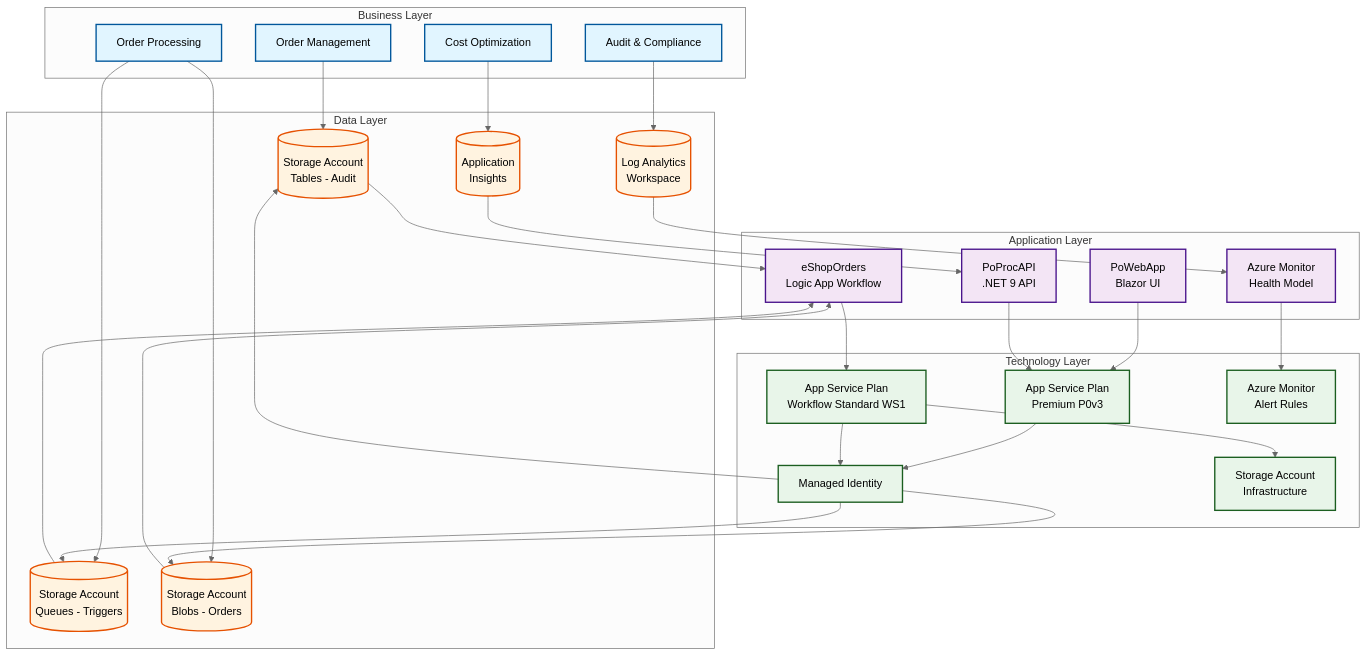
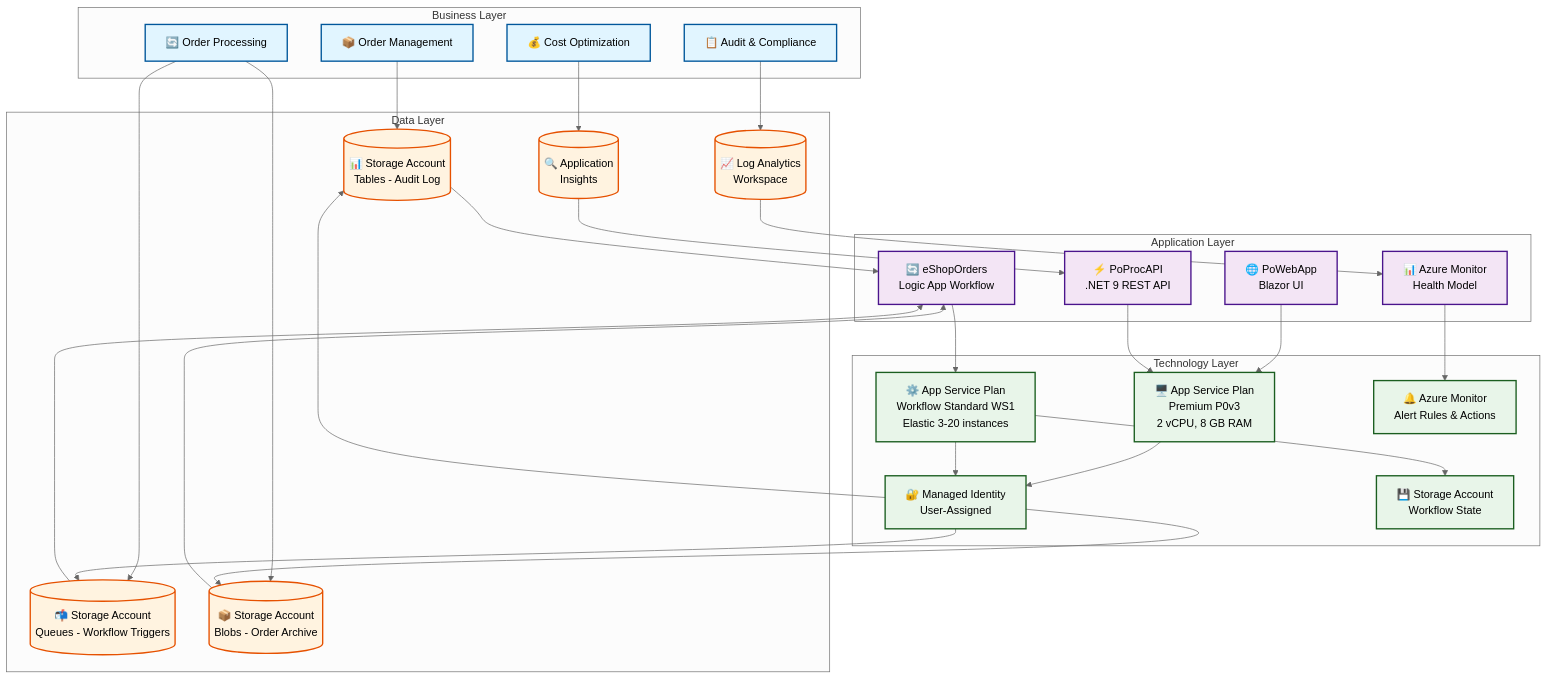
The first of 4 diagrams in README.md (Evilazaro/Azure-LogicApps-Monitoring), drawn with Mermaid (neutral theme) before and after one commit. The commit also changed other lines of this file, not shown here.

````diff
--- a/README.md
+++ b/README.md
@@ -91,70 +98,70 @@
 ```mermaid
 graph TB
     subgraph "Business Layer"
-        B1[Order Management]
-        B2[Order Processing]
-        B3[Audit & Compliance]
-        B4[Cost Optimization]
+        B1[📦 Order Management]
+        B2[🔄 Order Processing]
+        B3[📋 Audit & Compliance]
+        B4[💰 Cost Optimization]
     end
 
     subgraph "Data Layer"
-        D1[(Storage Account<br/>Tables - Audit)]
-        D2[(Storage Account<br/>Queues - Triggers)]
-        D3[(Storage Account<br/>Blobs - Orders)]
-        D4[(Log Analytics<br/>Workspace)]
-        D5[(Application<br/>Insights)]
+        D1[("📊 Storage Account<br/>Tables - Audit Log")]
+        D2[("📬 Storage Account<br/>Queues - Workflow Triggers")]
+        D3[("📦 Storage Account<br/>Blobs - Order Archive")]
+        D4[("📈 Log Analytics<br/>Workspace")]
+        D5[("🔍 Application<br/>Insights")]
     end
 
     subgraph "Application Layer"
-        A1[PoWebApp<br/>Blazor UI]
-        A2[PoProcAPI<br/>.NET 9 API]
-        A3[eShopOrders<br/>Logic App Workflow]
-        A4[Azure Monitor<br/>Health Model]
+        A1[🌐 PoWebApp<br/>Blazor UI]
+        A2[⚡ PoProcAPI<br/>.NET 9 REST API]
+        A3[🔄 eShopOrders<br/>Logic App Workflow]
+        A4[📊 Azure Monitor<br/>Health Model]
     end
 
     subgraph "Technology Layer"
-        T1[App Service Plan<br/>Premium P0v3]
-        T2[App Service Plan<br/>Workflow Standard WS1]
-        T3[Managed Identity]
-        T4[Azure Monitor<br/>Alert Rules]
-        T5[Storage Account<br/>Infrastructure]
+        T1[🖥️ App Service Plan<br/>Premium P0v3<br/>2 vCPU, 8 GB RAM]
+        T2[⚙️ App Service Plan<br/>Workflow Standard WS1<br/>Elastic 3-20 instances]
+        T3[🔐 Managed Identity<br/>User-Assigned]
+        T4[🔔 Azure Monitor<br/>Alert Rules & Actions]
+        T5[💾 Storage Account<br/>Workflow State]
     end
 
     %% Business to Data
     B1 --> D1
     B2 --> D2
     B2 --> D3
     B3 --> D4
     B4 --> D5
 
     %% Data to Application
     D1 --> A3
     D2 --> A3
     D3 --> A3
     D4 --> A4
     D5 --> A2
 
     %% Application to Technology
     A1 --> T1
     A2 --> T1
     A3 --> T2
     A4 --> T4
 
     %% Technology Infrastructure
     T1 --> T3
     T2 --> T3
     T2 --> T5
     T3 --> D1
     T3 --> D2
     T3 --> D3
 
-    classDef businessClass fill:#e1f5ff,stroke:#01579b,stroke-width:2px
-    classDef dataClass fill:#fff3e0,stroke:#e65100,stroke-width:2px
-    classDef appClass fill:#f3e5f5,stroke:#4a148c,stroke-width:2px
-    classDef techClass fill:#e8f5e9,stroke:#1b5e20,stroke-width:2px
+    classDef businessClass fill:#e1f5ff,stroke:#01579b,stroke-width:2px,color:#000
+    classDef dataClass fill:#fff3e0,stroke:#e65100,stroke-width:2px,color:#000
+    classDef appClass fill:#f3e5f5,stroke:#4a148c,stroke-width:2px,color:#000
+    classDef techClass fill:#e8f5e9,stroke:#1b5e20,stroke-width:2px,color:#000
 
     class B1,B2,B3,B4 businessClass
     class D1,D2,D3,D4,D5 dataClass
     class A1,A2,A3,A4 appClass
     class T1,T2,T3,T4,T5 techClass
 ```
````
